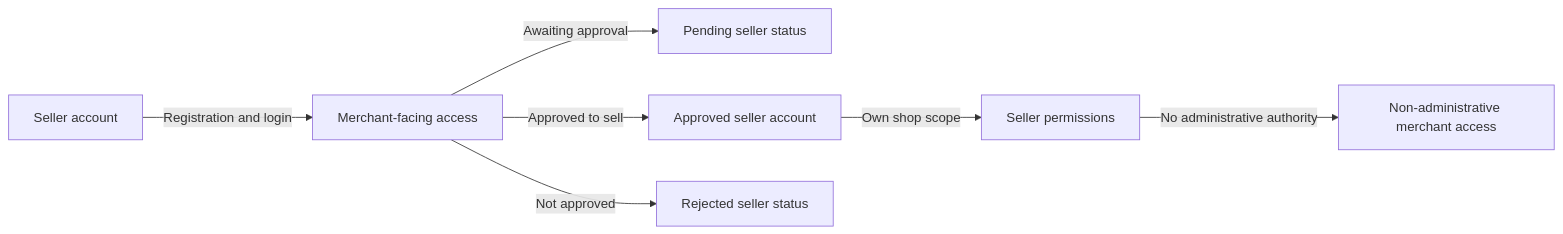
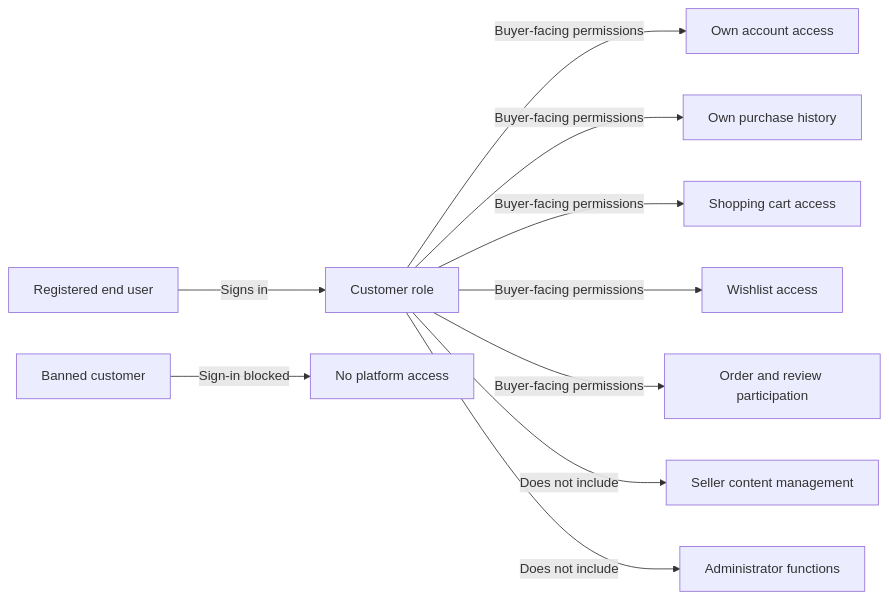
Before and after one commit to wrtnlabs/autobe-examples: the first of 17 diagrams in openai/gpt-5.4-mini/shopping/docs/analysis/01-actors-and-auth.md, drawn with Mermaid. The commit also changed other lines of this file and 9017 other files, not shown here.

````diff
--- a/openai/gpt-5.4-mini/shopping/docs/analysis/01-actors-and-auth.md
+++ b/openai/gpt-5.4-mini/shopping/docs/analysis/01-actors-and-auth.md
@@ -68,9 +17,12 @@
 ```mermaid
 flowchart LR
-    A["Seller account"] -->|"Registration and login"| B["Merchant-facing access"]
-    B -->|"Awaiting approval"| C["Pending seller status"]
-    B -->|"Approved to sell"| D["Approved seller account"]
-    B -->|"Not approved"| E["Rejected seller status"]
-    D -->|"Own shop scope"| F["Seller permissions"]
-    F -->|"No administrative authority"| G["Non-administrative merchant access"]
+    A["Registered end user"] -->|"Signs in"| B["Customer role"]
+    B -->|"Buyer-facing permissions"| C["Own account access"]
+    B -->|"Buyer-facing permissions"| D["Own purchase history"]
+    B -->|"Buyer-facing permissions"| E["Shopping cart access"]
+    B -->|"Buyer-facing permissions"| F["Wishlist access"]
+    B -->|"Buyer-facing permissions"| G["Order and review participation"]
+    B -->|"Does not include"| H["Seller content management"]
+    B -->|"Does not include"| I["Administrator functions"]
+    J["Banned customer"] -->|"Sign-in blocked"| K["No platform access"]
 ```
````
